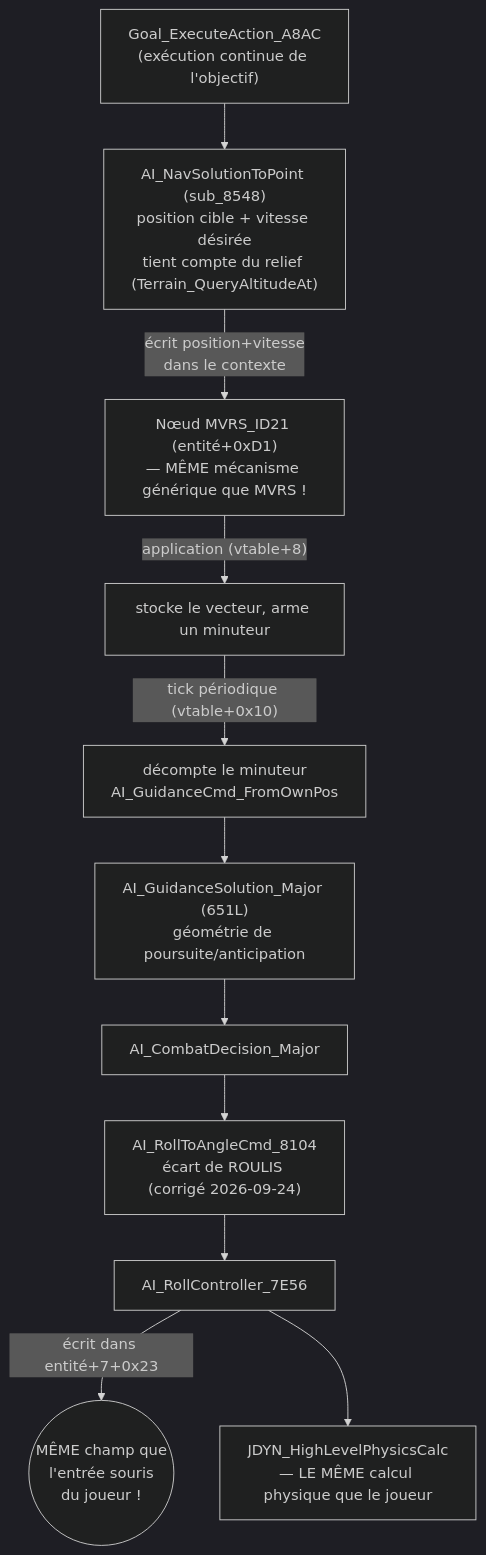
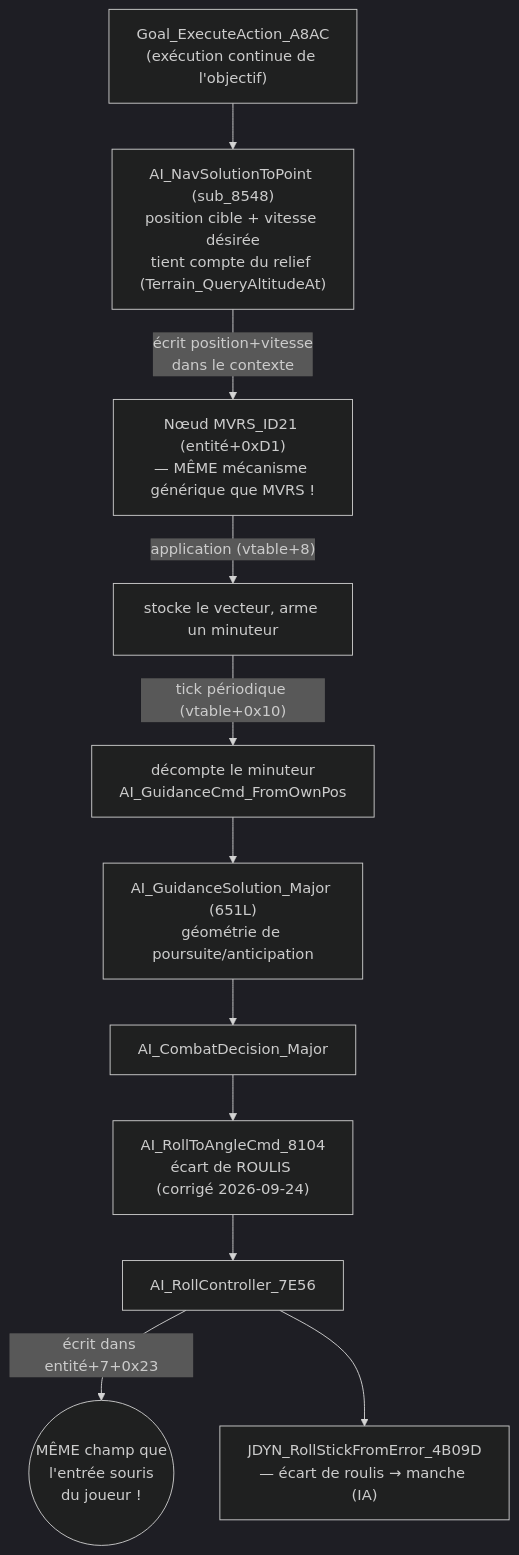
Diagram 11 of 13 in analysis/AI_SYSTEM.md (remileonard/strike_commander_re), drawn with Mermaid (dark theme) before and after one commit. The commit also changed other lines of this file and 8 other files, not shown here.

First line of the commit message:
Physique IA : lecture de la conversion écart de roulis -> manche

````diff
--- a/analysis/AI_SYSTEM.md
+++ b/analysis/AI_SYSTEM.md
@@ -1174,15 +1174,15 @@
 ```mermaid
 flowchart TD
     A["Goal_ExecuteAction_A8AC<br/>(exécution continue de l'objectif)"] --> B["AI_NavSolutionToPoint (sub_8548)<br/>position cible + vitesse désirée<br/>tient compte du relief (Terrain_QueryAltitudeAt)"]
     B -->|"écrit position+vitesse<br/>dans le contexte"| C["Nœud MVRS_ID21 (entité+0xD1)<br/>— MÊME mécanisme générique que MVRS !"]
     C -->|"application (vtable+8)"| D["stocke le vecteur, arme un minuteur"]
     D -->|"tick périodique (vtable+0x10)"| E["décompte le minuteur<br/>AI_GuidanceCmd_FromOwnPos"]
     E --> F["AI_GuidanceSolution_Major (651L)<br/>géométrie de poursuite/anticipation"]
     F --> G["AI_CombatDecision_Major"]
     G --> H["AI_RollToAngleCmd_8104<br/>écart de ROULIS (corrigé 2026-09-24)"]
     H --> I["AI_RollController_7E56"]
     I -->|"écrit dans entité+7+0x23"| J(("MÊME champ que
 l'entrée souris
 du joueur !"))
-    I --> K["JDYN_HighLevelPhysicsCalc<br/>— LE MÊME calcul physique que le joueur"]
+    I --> K["JDYN_RollStickFromError_4B09D<br/>— écart de roulis → manche (IA)"]
 ```
````
